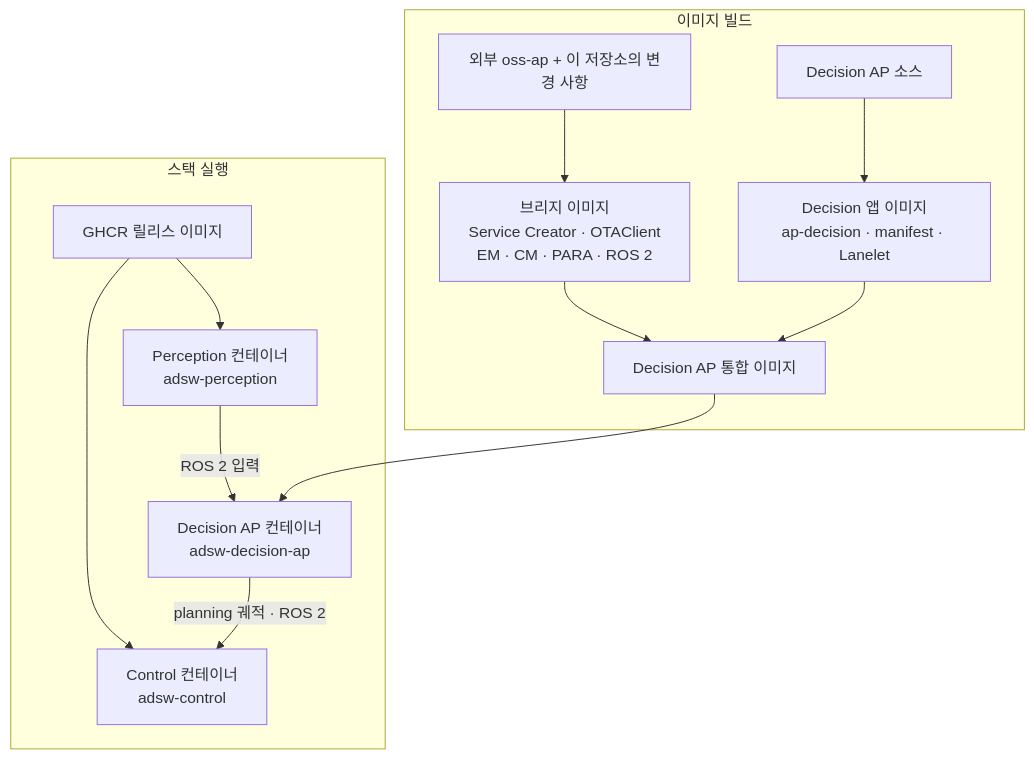
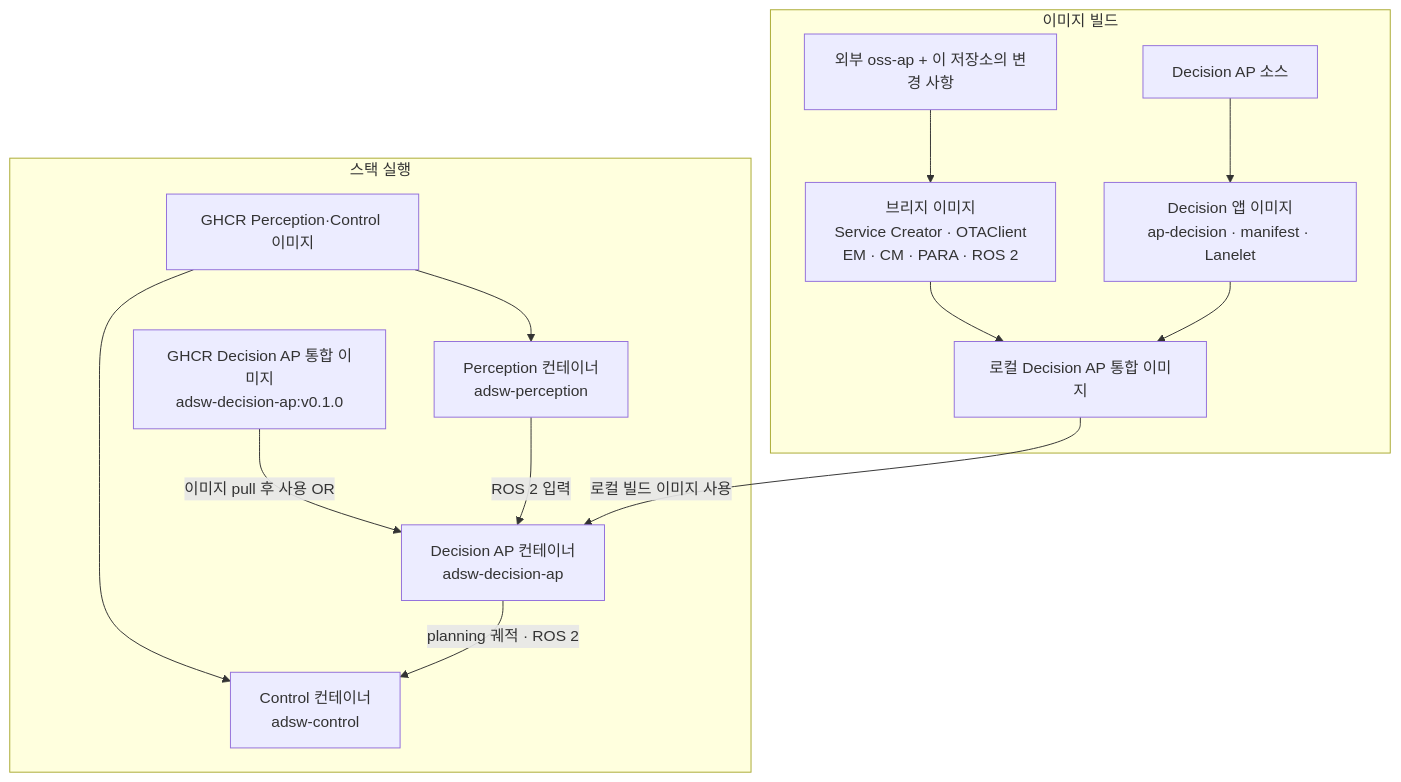
One commit to OSS-TEST-GROUP/decision-ap changed the diagram in README.md. Above: the diagram before and after it, drawn with Mermaid. The commit also changed other lines of this file, not shown here.

````diff
--- a/README.md
+++ b/README.md
@@ -106,17 +106,18 @@
 ```mermaid
 flowchart TB
     subgraph build["이미지 빌드"]
         source["외부 oss-ap + 이 저장소의 변경 사항"] --> bridge["브리지 이미지<br/>Service Creator · OTAClient<br/>EM · CM · PARA · ROS 2"]
         planning["Decision AP 소스"] --> app["Decision 앱 이미지<br/>ap-decision · manifest · Lanelet"]
-        bridge --> integrated["Decision AP 통합 이미지"]
+        bridge --> integrated["로컬 Decision AP 통합 이미지"]
         app --> integrated
     end
 
     subgraph run["스택 실행"]
-        ghcr["GHCR 릴리스 이미지"] --> perception["Perception 컨테이너<br/>adsw-perception"]
-        ghcr --> control["Control 컨테이너<br/>adsw-control"]
-        integrated --> decision["Decision AP 컨테이너<br/>adsw-decision-ap"]
+        ghcr_partitions["GHCR Perception·Control 이미지"] --> perception["Perception 컨테이너<br/>adsw-perception"]
+        ghcr_partitions --> control["Control 컨테이너<br/>adsw-control"]
+        integrated -->|"로컬 빌드 이미지 사용"| decision["Decision AP 컨테이너<br/>adsw-decision-ap"]
+        ghcr_decision["GHCR Decision AP 통합 이미지<br/>adsw-decision-ap:v0.1.0"] -->|"이미지 pull 후 사용 OR"| decision
         perception -->|"ROS 2 입력"| decision
         decision -->|"planning 궤적 · ROS 2"| control
     end
 ```
````
